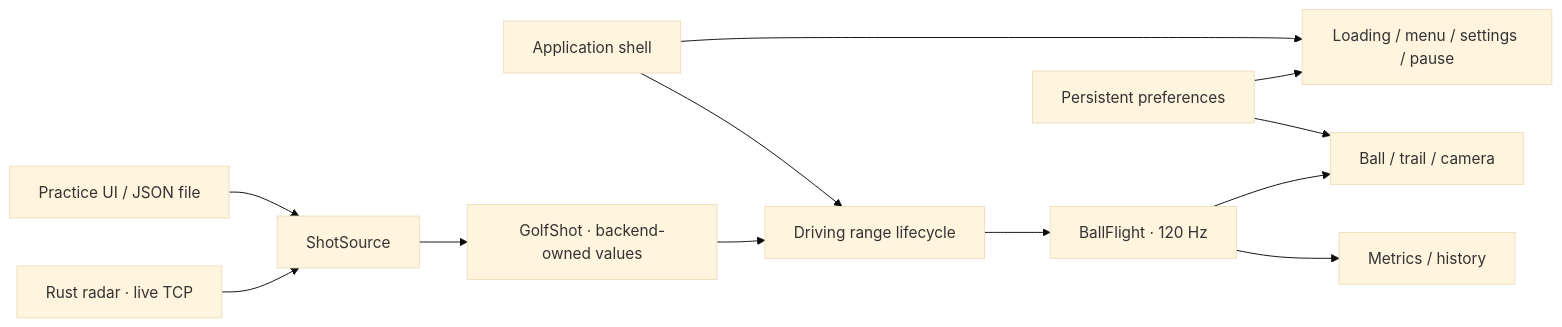
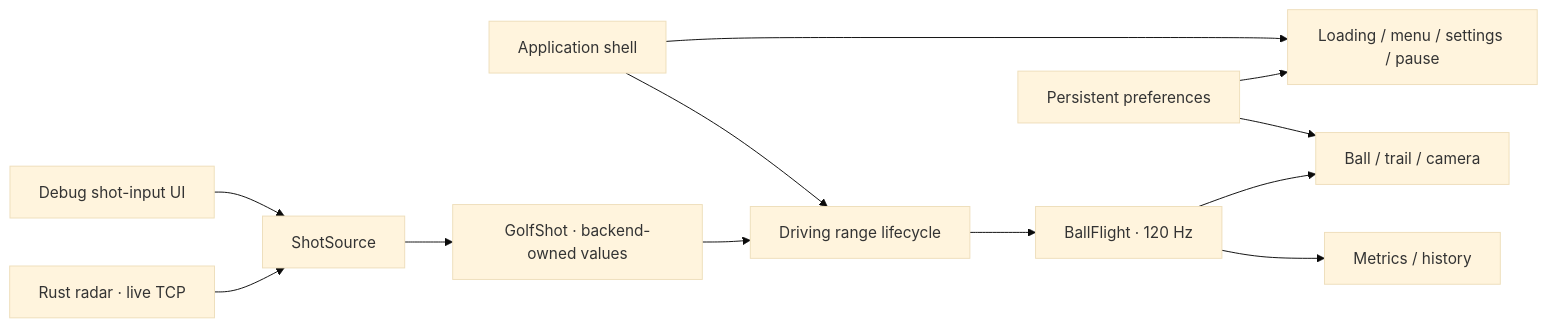
One commit to MadsRantzau49/golfistuen changed the diagram in golf_game/README.md. Above: the diagram before and after it, drawn with Mermaid (base theme). The commit also changed other lines of this file and 27 other files, not shown here.

````diff
--- a/golf_game/README.md
+++ b/golf_game/README.md
@@ -258,14 +238,14 @@
 ```mermaid
 flowchart LR
     App[Application shell] --> Menu[Loading / menu / settings / pause]
     App --> Range[Driving range lifecycle]
-    Demo[Practice UI / JSON file] --> Source[ShotSource]
+    Demo[Debug shot-input UI] --> Source[ShotSource]
     Radar[Rust radar · live TCP] --> Source
     Source --> Contract[GolfShot · backend-owned values]
     Contract --> Range
     Range --> Model[BallFlight · 120 Hz]
     Model --> Visual[Ball / trail / camera]
     Model --> HUD[Metrics / history]
     Settings[Persistent preferences] --> Menu
     Settings --> Visual
 ```
````
